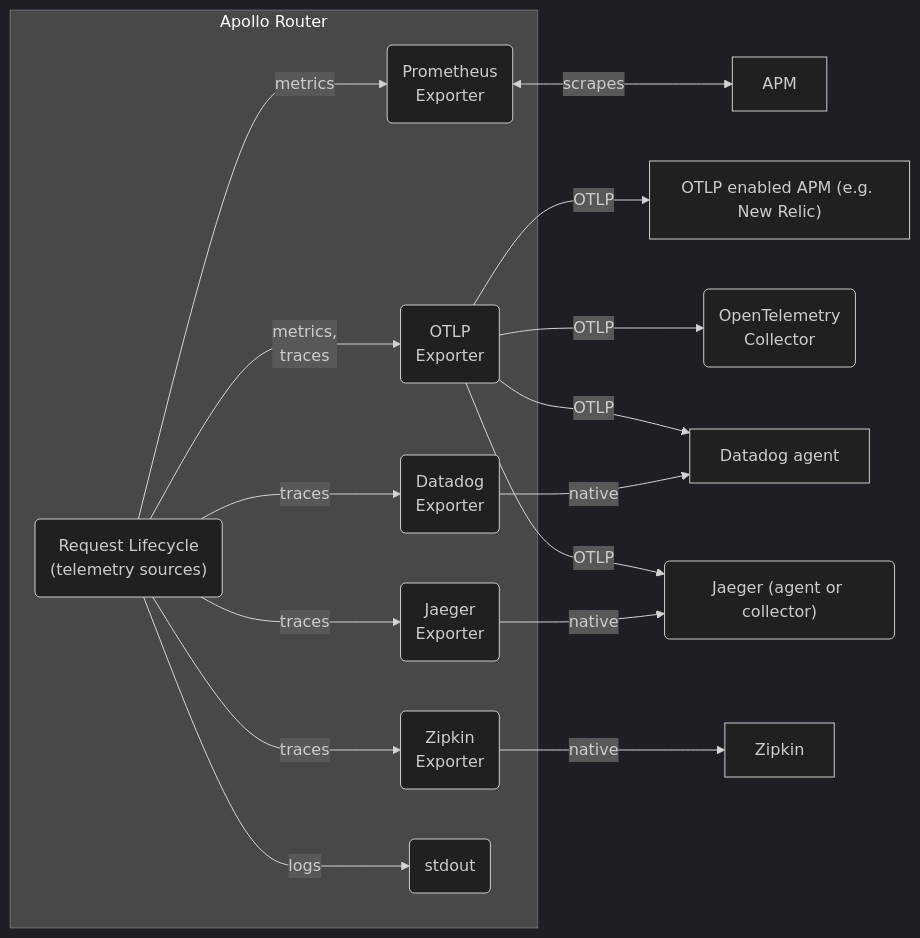
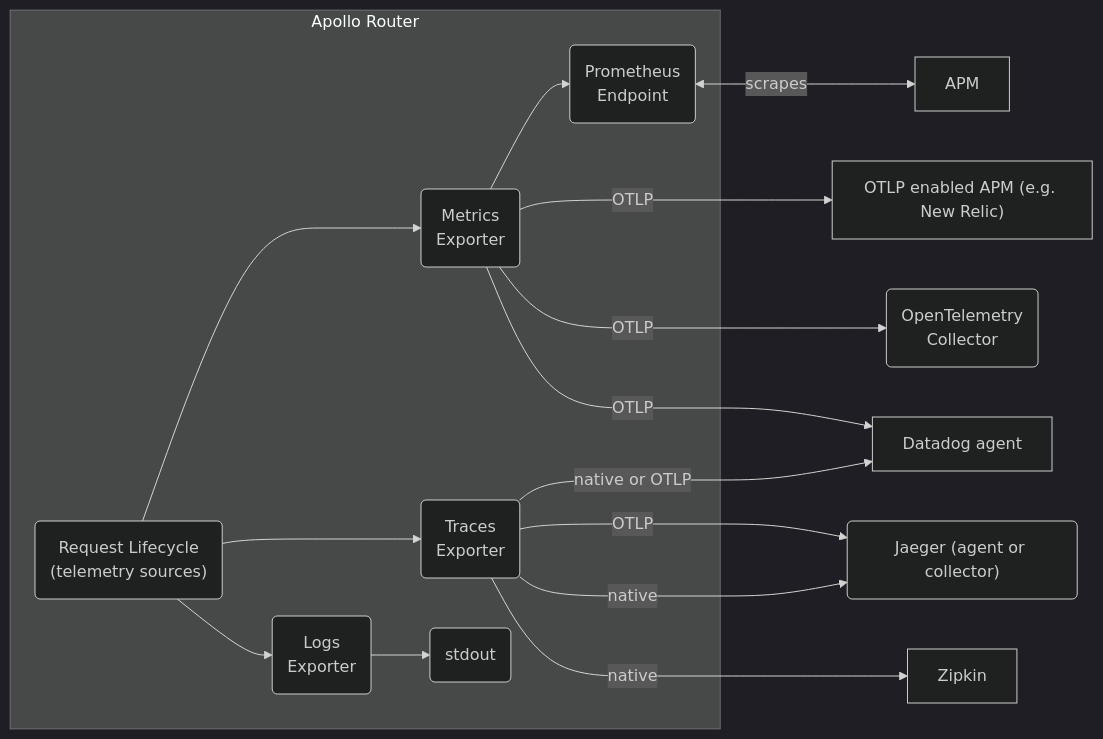
Before and after one commit to apollographql/router: the diagram in docs/source/configuration/telemetry/overview.mdx, drawn with Mermaid (dark theme).

Commit message:
Improve flowchart

````diff
--- a/docs/source/configuration/telemetry/overview.mdx
+++ b/docs/source/configuration/telemetry/overview.mdx
@@ -12,38 +12,35 @@
 ```mermaid
 flowchart LR
     subgraph Apollo Router
     lifecycle("Request Lifecycle<br/>(telemetry sources)")
-    
-    prometheus_exporter(Prometheus<br/>Exporter)
-    otlp_exporter("OTLP<br/>Exporter")
-    datadog_exporter("Datadog<br/>Exporter")
-    jaeger_exporter("Jaeger<br/>Exporter")
-    zipkin_exporter("Zipkin<br/>Exporter")
+    metrics_exporter("Metrics<br/>Exporter")
+    traces_exporter("Traces<br/>Exporter")
+    logs_exporter("Logs<br/>Exporter")
+    prometheus("Prometheus<br/>Endpoint")
     terminal(stdout)
     
-    lifecycle--"metrics"--->prometheus_exporter
-    lifecycle--"metrics,<br/>traces"--->otlp_exporter
-    lifecycle--"traces"--->zipkin_exporter
-    lifecycle--"traces"--->jaeger_exporter
-    lifecycle--"traces"--->datadog_exporter
-    lifecycle--"logs"--->terminal
+    lifecycle--->metrics_exporter
+    lifecycle--->traces_exporter
+    lifecycle-->logs_exporter
+    logs_exporter-->terminal
+    metrics_exporter-->prometheus
     end
 
     otlp_apm["OTLP enabled APM (e.g. New Relic)"]
     zipkin[Zipkin]
     datadog[Datadog agent]
     apm1[APM]
     collector("OpenTelemetry<br/>Collector")
     jaeger("Jaeger (agent or collector)")
 
-    
-    otlp_exporter--"OTLP"-->otlp_apm
-    otlp_exporter--"OTLP"-->collector
-    otlp_exporter--"OTLP"-->datadog
-    otlp_exporter--"OTLP"-->jaeger
-    datadog_exporter--"native"-->datadog
-    jaeger_exporter--"native"-->jaeger
-    zipkin_exporter--"native"-->zipkin
-    prometheus_exporter<--"scrapes"-->apm1
+
+    metrics_exporter--"OTLP"--->otlp_apm
+    metrics_exporter--"OTLP"--->collector
+    metrics_exporter--"OTLP"--->datadog
+    traces_exporter--"OTLP"--->jaeger
+    traces_exporter--"native or OTLP"-->datadog
+    traces_exporter--"native"-->jaeger
+    traces_exporter--"native"--->zipkin
+    prometheus<--"scrapes"-->apm1
 
 ```
````
